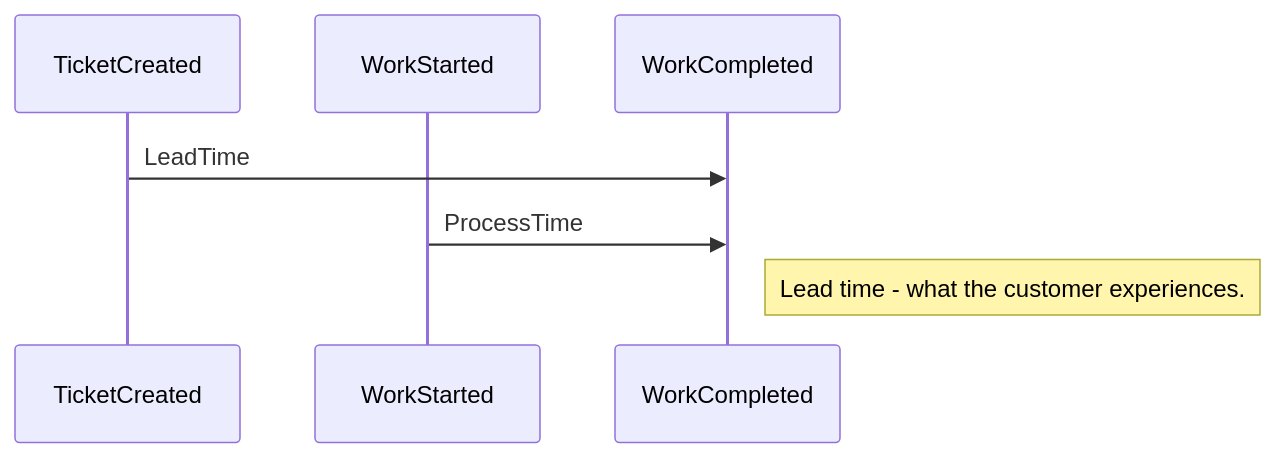
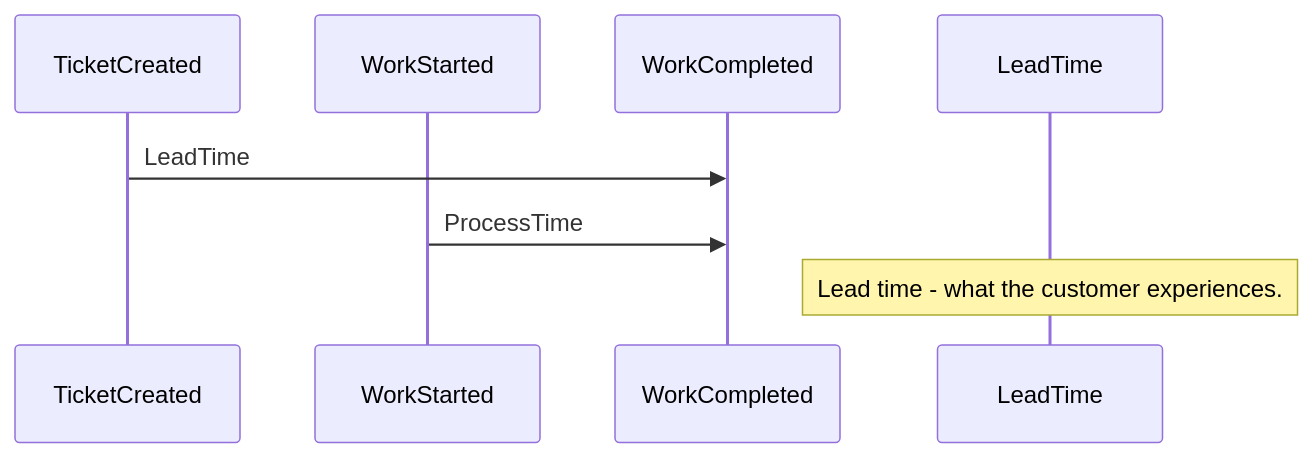
The second of 2 diagrams in books/the_devops_handbook.md (wayofthepie/notes), drawn with Mermaid before and after one commit.

Commit message:
move lead time note

````diff
--- a/books/the_devops_handbook.md
+++ b/books/the_devops_handbook.md
@@ -20,10 +20,10 @@
 ```mermaid
 %%{init: { 'sequence': {'messageAlign': 'left'} }}%%
 sequenceDiagram
     participant TicketCreated
     participant WorkStarted
     participant WorkCompleted
     TicketCreated->>WorkCompleted: LeadTime
     WorkStarted->>WorkCompleted: ProcessTime
-    Note right of WorkCompleted: Lead time - what the customer experiences.
+    Note over LeadTime: Lead time - what the customer experiences.
 ```
````
